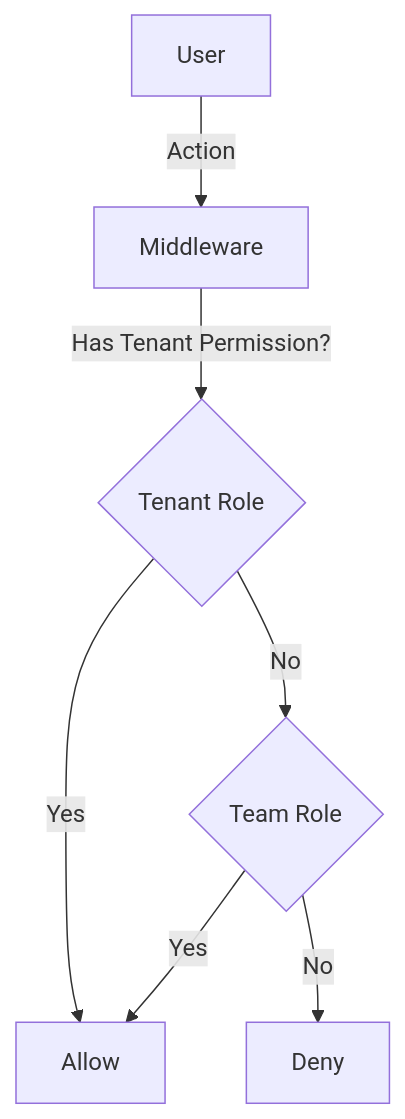
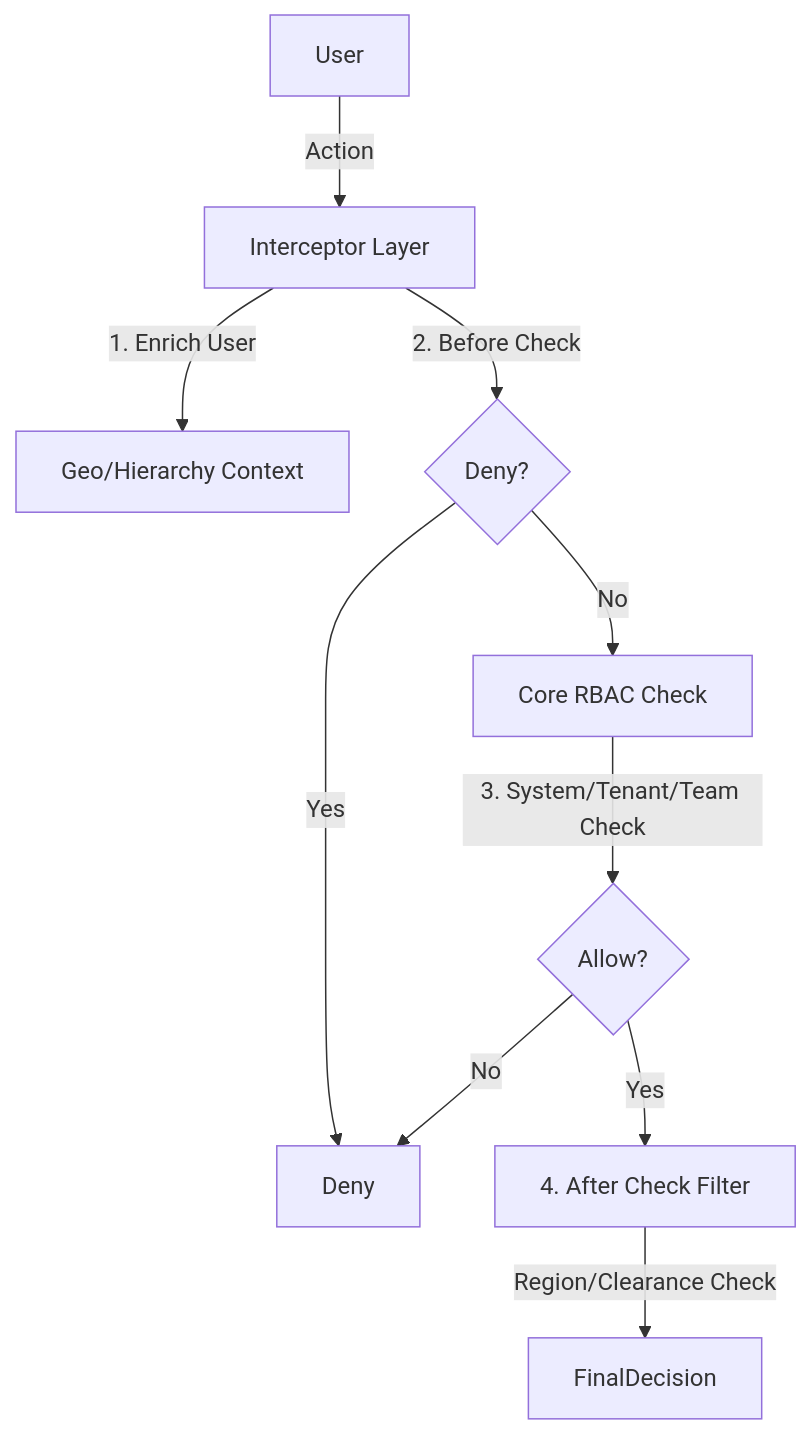
The diagram in backend/modules/b2b/docs/rbac.md (nkumar15/communication-analysis), drawn with Mermaid before and after one commit. The commit also changed other lines of this file and 1 other file, not shown here.

Commit message:
docs: Expand feature documentation template with new sections for UI, observability, extensions, and testing, and revise RBAC architecture to a 3-layer, interceptor-based plugin system.

````diff
--- a/backend/modules/b2b/docs/rbac.md
+++ b/backend/modules/b2b/docs/rbac.md
@@ -48,9 +24,12 @@
 ```mermaid
 graph TD
-    User -->|Action| Middleware
-    Middleware -->|Has Tenant Permission?| RoleCheck{Tenant Role}
-    RoleCheck -- Yes --> Allow
-    RoleCheck -- No --> TeamCheck{Team Role}
-    TeamCheck -- Yes --> Allow
-    TeamCheck -- No --> Deny
+    User -->|Action| Plugin[Interceptor Layer]
+    Plugin -->|1. Enrich User| Context[Geo/Hierarchy Context]
+    Plugin -->|2. Before Check| ShortCircuit{Deny?}
+    ShortCircuit -- Yes --> Deny
+    ShortCircuit -- No --> Core[Core RBAC Check]
+    Core -->|3. System/Tenant/Team Check| Result{Allow?}
+    Result -- No --> Deny
+    Result -- Yes --> Filter[4. After Check Filter]
+    Filter -->|Region/Clearance Check| FinalDecision
 ```
````
